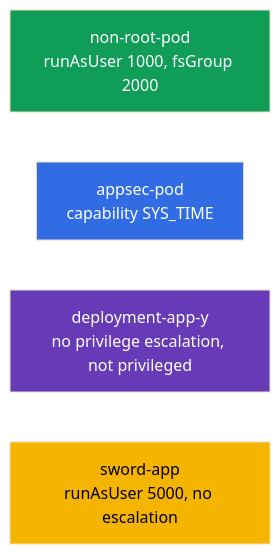
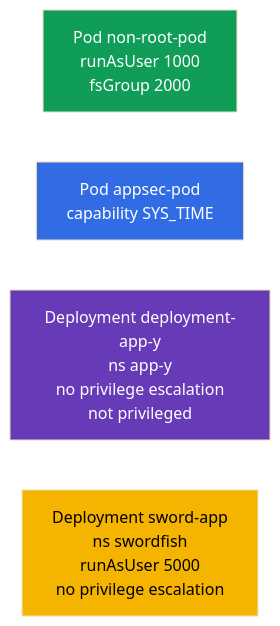
One commit to ViktorUJ/cks changed the diagram in tasks/cka/labs/106/README_RU.MD. Above: the diagram before and after it, drawn with Mermaid (base theme). The commit also changed other lines of this file and 36 other files, not shown here.

````diff
--- a/tasks/cka/labs/106/README_RU.MD
+++ b/tasks/cka/labs/106/README_RU.MD
@@ -29,11 +37,14 @@
 ```mermaid
-flowchart LR
-    a["non-root-pod<br>runAsUser 1000, fsGroup 2000"] 
-    b["appsec-pod<br>capability SYS_TIME"]
-    c["deployment-app-y<br>no privilege escalation, not privileged"]
-    d["sword-app<br>runAsUser 5000, no escalation"]
+flowchart TB
+    a["Pod non-root-pod<br>runAsUser 1000<br>fsGroup 2000"]
+    b["Pod appsec-pod<br>capability SYS_TIME"]
+    c["Deployment deployment-app-y<br>ns app-y<br>no privilege escalation<br>not privileged"]
+    d["Deployment sword-app<br>ns swordfish<br>runAsUser 5000<br>no privilege escalation"]
+    a ~~~ b
+    b ~~~ c
+    c ~~~ d
     style a fill:#0f9d58,color:#fff
     style b fill:#326ce5,color:#fff
     style c fill:#673ab7,color:#fff
     style d fill:#f4b400,color:#000
 ```
````
